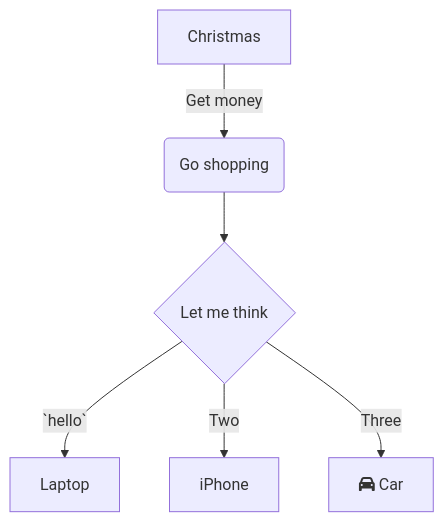
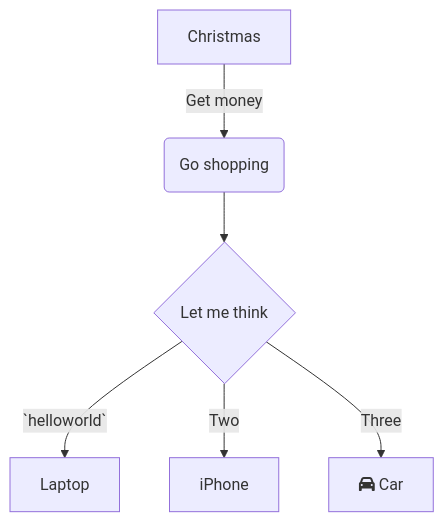
The diagram in .swm/where-to-start.hs668.sw.md (GalateaJavier/doc-adventure), drawn with Mermaid before and after one commit. The commit also changed other lines of this file, not shown here.

````diff
--- a/.swm/where-to-start.hs668.sw.md
+++ b/.swm/where-to-start.hs668.sw.md
@@ -32,9 +35,9 @@
 ```mermaid
 graph TD
 A[Christmas] -->|Get money| B(Go shopping)
 B --> C{Let me think}
-C -->|`hello`| D[Laptop]
+C -->|`helloworld`| D[Laptop]
 C -->|Two| E[iPhone]
 C -->|Three| F[fa:fa-car Car]
 
 ```
````
